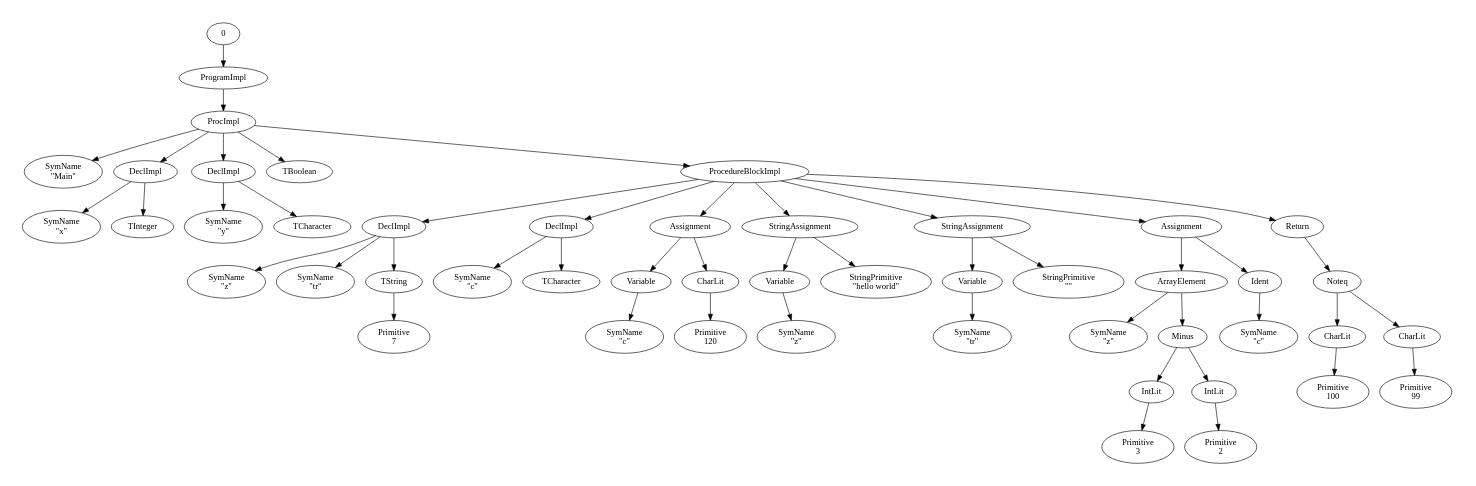
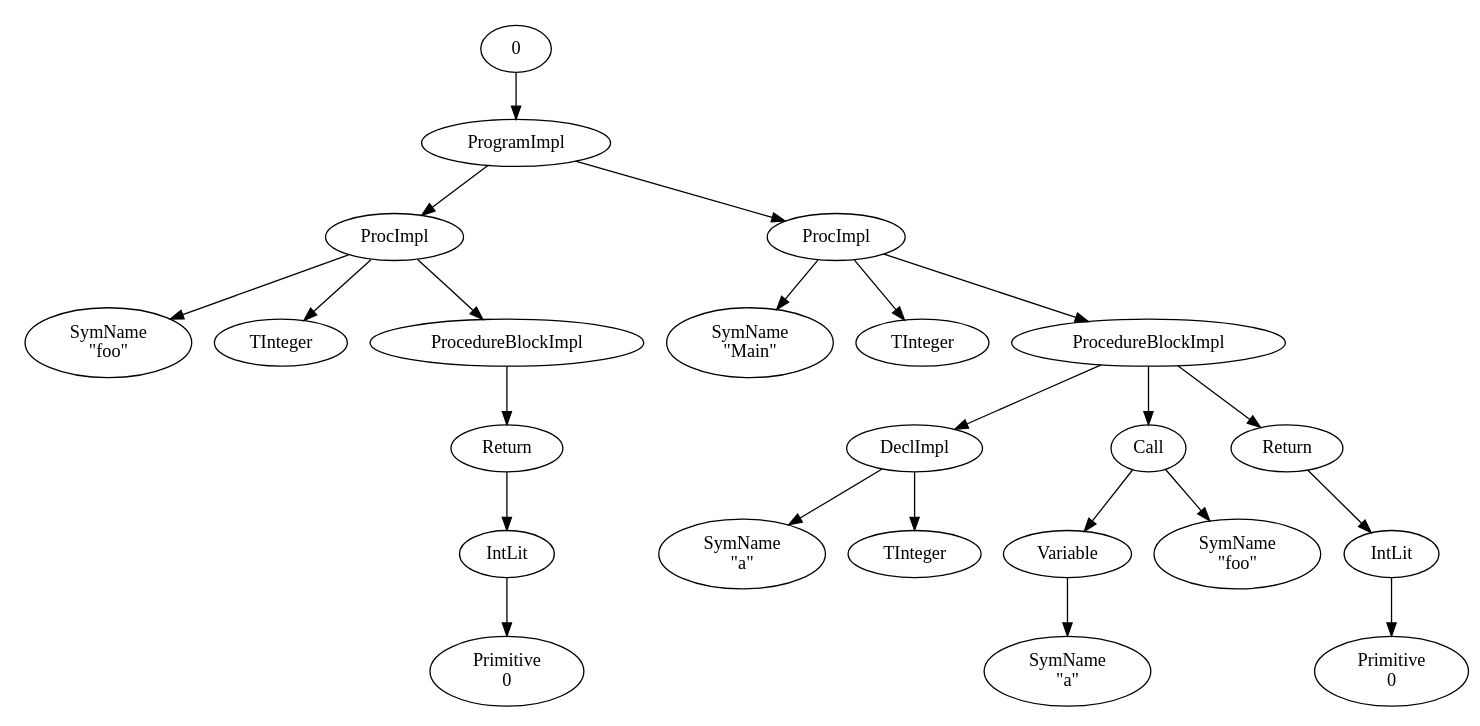
The diagram in outputfile.dot (aardvarkzone/cs160_lab3), drawn with Graphviz before and after one commit. The commit also changed 11 other files, not shown here.

```diff
--- a/outputfile.dot
+++ b/outputfile.dot
@@ -1,98 +1,46 @@
 digraph G { page="8.5,11"; size="7.5, 10"; 
 "0" -> "1"
 "1" [label="ProgramImpl"]
 "1" -> "2"
 "2" [label="ProcImpl"]
 "2" -> "3"
-"3" [label="SymName\n\"Main\""]
+"3" [label="SymName\n\"foo\""]
 "2" -> "4"
-"4" [label="DeclImpl"]
-"4" -> "5"
-"5" [label="SymName\n\"x\""]
-"4" -> "6"
-"6" [label="TInteger"]
-"2" -> "7"
-"7" [label="DeclImpl"]
+"4" [label="TInteger"]
+"2" -> "5"
+"5" [label="ProcedureBlockImpl"]
+"5" -> "6"
+"6" [label="Return"]
+"6" -> "7"
+"7" [label="IntLit"]
 "7" -> "8"
-"8" [label="SymName\n\"y\""]
-"7" -> "9"
-"9" [label="TCharacter"]
-"2" -> "10"
-"10" [label="TBoolean"]
-"2" -> "11"
-"11" [label="ProcedureBlockImpl"]
-"11" -> "12"
-"12" [label="DeclImpl"]
+"8" [label="Primitive\n0"]
+"1" -> "9"
+"9" [label="ProcImpl"]
+"9" -> "10"
+"10" [label="SymName\n\"Main\""]
+"9" -> "11"
+"11" [label="TInteger"]
+"9" -> "12"
+"12" [label="ProcedureBlockImpl"]
 "12" -> "13"
-"13" [label="SymName\n\"z\""]
-"12" -> "14"
-"14" [label="SymName\n\"tr\""]
-"12" -> "15"
-"15" [label="TString"]
-"15" -> "16"
-"16" [label="Primitive\n7"]
-"11" -> "17"
-"17" [label="DeclImpl"]
+"13" [label="DeclImpl"]
+"13" -> "14"
+"14" [label="SymName\n\"a\""]
+"13" -> "15"
+"15" [label="TInteger"]
+"12" -> "16"
+"16" [label="Call"]
+"16" -> "17"
+"17" [label="Variable"]
 "17" -> "18"
-"18" [label="SymName\n\"c\""]
-"17" -> "19"
-"19" [label="TCharacter"]
-"11" -> "20"
-"20" [label="Assignment"]
+"18" [label="SymName\n\"a\""]
+"16" -> "19"
+"19" [label="SymName\n\"foo\""]
+"12" -> "20"
+"20" [label="Return"]
 "20" -> "21"
-"21" [label="Variable"]
+"21" [label="IntLit"]
 "21" -> "22"
-"22" [label="SymName\n\"c\""]
-"20" -> "23"
-"23" [label="CharLit"]
-"23" -> "24"
-"24" [label="Primitive\n120"]
-"11" -> "25"
-"25" [label="StringAssignment"]
-"25" -> "26"
-"26" [label="Variable"]
-"26" -> "27"
-"27" [label="SymName\n\"z\""]
-"25" -> "28"
-"28" [label="StringPrimitive\n\"hello world\""]
-"11" -> "29"
-"29" [label="StringAssignment"]
-"29" -> "30"
-"30" [label="Variable"]
-"30" -> "31"
-"31" [label="SymName\n\"tr\""]
-"29" -> "32"
-"32" [label="StringPrimitive\n\"\""]
-"11" -> "33"
-"33" [label="Assignment"]
-"33" -> "34"
-"34" [label="ArrayElement"]
-"34" -> "35"
-"35" [label="SymName\n\"z\""]
-"34" -> "36"
-"36" [label="Minus"]
-"36" -> "37"
-"37" [label="IntLit"]
-"37" -> "38"
-"38" [label="Primitive\n3"]
-"36" -> "39"
-"39" [label="IntLit"]
-"39" -> "40"
-"40" [label="Primitive\n2"]
-"33" -> "41"
-"41" [label="Ident"]
-"41" -> "42"
-"42" [label="SymName\n\"c\""]
-"11" -> "43"
-"43" [label="Return"]
-"43" -> "44"
-"44" [label="Noteq"]
-"44" -> "45"
-"45" [label="CharLit"]
-"45" -> "46"
-"46" [label="Primitive\n100"]
-"44" -> "47"
-"47" [label="CharLit"]
-"47" -> "48"
-"48" [label="Primitive\n99"]
+"22" [label="Primitive\n0"]
 }
```
